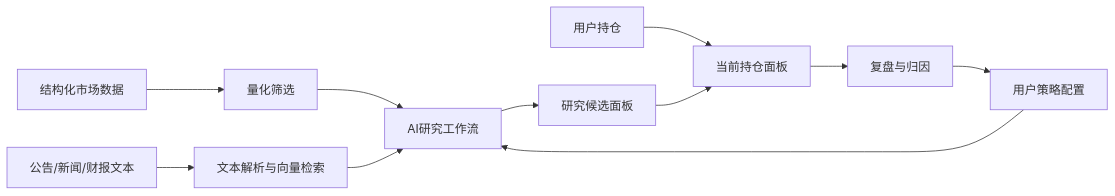
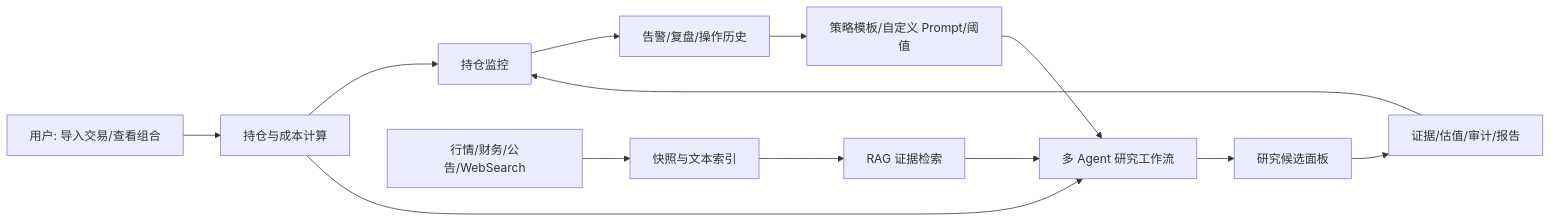
Before and after one commit to RickyW0529/Margin: the first of 4 diagrams in docs/design/v0.1/product/Margin_产品设计_v0.1_中文.md, drawn with Mermaid. The commit also changed other lines of this file and 171 other files, not shown here.

````diff
--- a/docs/design/v0.1/product/Margin_产品设计_v0.1_中文.md
+++ b/docs/design/v0.1/product/Margin_产品设计_v0.1_中文.md
@@ -25,13 +35,15 @@
 ```mermaid
 flowchart LR
-    A[结构化市场数据] --> B[量化筛选]
-    N[公告/新闻/财报文本] --> C[文本解析与向量检索]
-    B --> D[AI研究工作流]
-    C --> D
-    S[用户策略配置] --> D
-    D --> R[研究候选面板]
-    P[用户持仓] --> H[当前持仓面板]
-    R --> H
-    H --> F[复盘与归因]
-    F --> S
+    U[用户: 导入交易/查看组合] --> P[持仓与成本计算]
+    P --> M[持仓监控]
+    D[行情/财务/公告/WebSearch] --> I[快照与文本索引]
+    I --> RAG[RAG 证据检索]
+    S[策略模板/自定义 Prompt/阈值] --> A[多 Agent 研究工作流]
+    RAG --> A
+    P --> A
+    A --> C[研究候选面板]
+    C --> E[证据/估值/审计/报告]
+    E --> M
+    M --> H[告警/复盘/操作历史]
+    H --> S
 ```
````
